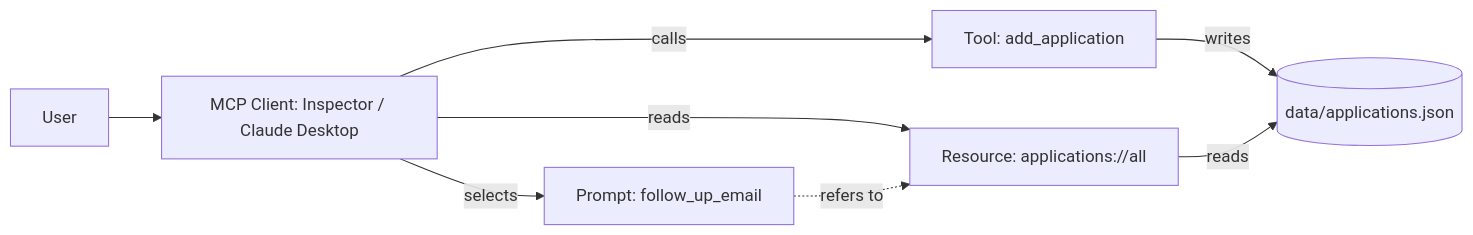
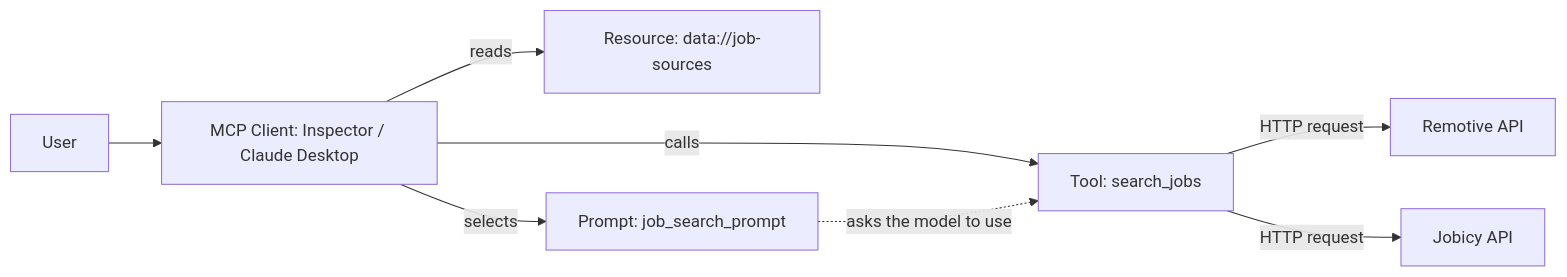
The diagram in README.md (potdarchinmay3007/mcp-assinmnent), drawn with Mermaid before and after one commit. The commit also changed other lines of this file, not shown here.

````diff
--- a/README.md
+++ b/README.md
@@ -16,10 +19,10 @@
 ```mermaid
 flowchart LR
-  U[User] --> C[MCP Client: Inspector / Claude Desktop]
-  C -->|calls| T[Tool: add_application]
-  C -->|reads| R[Resource: applications://all]
-  C -->|selects| P[Prompt: follow_up_email]
-  T -->|writes| D[(data/applications.json)]
-  R -->|reads| D
-  P -.->|refers to| R
+  U["User"] --> C["MCP Client: Inspector / Claude Desktop"]
+  C -->|calls| T["Tool: search_jobs"]
+  C -->|reads| R["Resource: data://job-sources"]
+  C -->|selects| P["Prompt: job_search_prompt"]
+  T -->|HTTP request| A["Remotive API"]
+  T -->|HTTP request| B["Jobicy API"]
+  P -.->|asks the model to use| T
 ```
````
